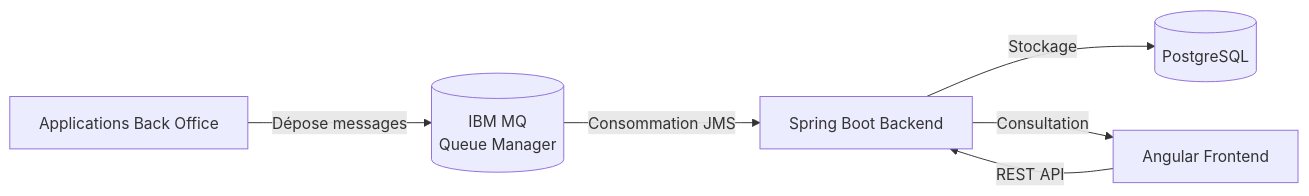
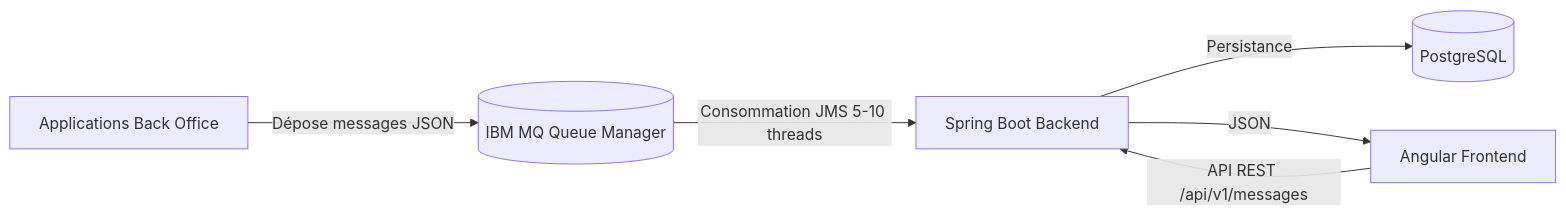
One commit to mouhamadoulo/payment-messages changed the first of 3 diagrams in docs/architecture/architecture-globale.md. Above: the diagram before and after it, drawn with Mermaid. The commit also changed other lines of this file and 7 other files, not shown here.

````diff
--- a/docs/architecture/architecture-globale.md
+++ b/docs/architecture/architecture-globale.md
@@ -22,24 +20,14 @@
 ```mermaid
 flowchart LR
-
     BO[Applications Back Office]
-
-    MQ[(IBM MQ<br/>Queue Manager)]
-
+    MQ[(IBM MQ Queue Manager)]
     API[Spring Boot Backend]
-
     DB[(PostgreSQL)]
-
     FRONT[Angular Frontend]
 
-
-    BO -->|Dépose messages| MQ
-
-    MQ -->|Consommation JMS| API
-
-    API -->|Stockage| DB
-
-    FRONT -->|REST API| API
-
-    API -->|Consultation| FRONT
+    BO -->|Dépose messages JSON| MQ
+    MQ -->|Consommation JMS 5-10 threads| API
+    API -->|Persistance| DB
+    FRONT -->|API REST /api/v1/messages| API
+    API -->|JSON| FRONT
 ```
````
